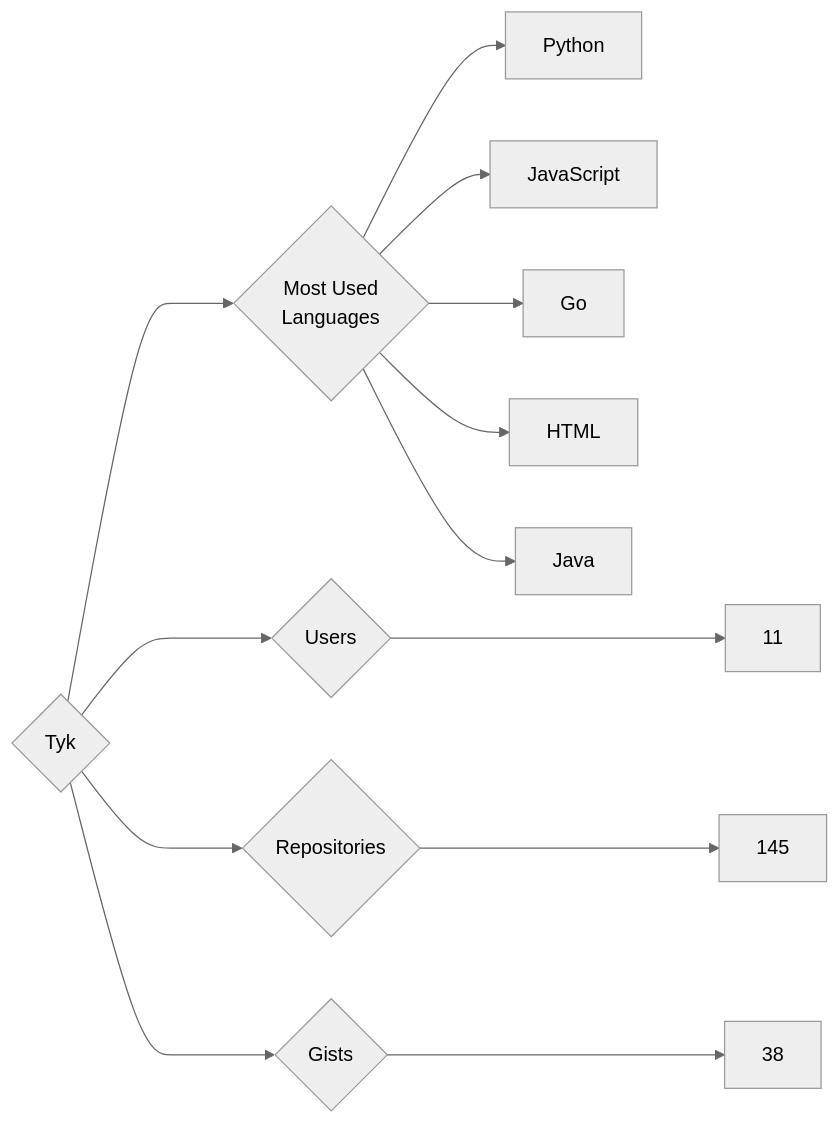
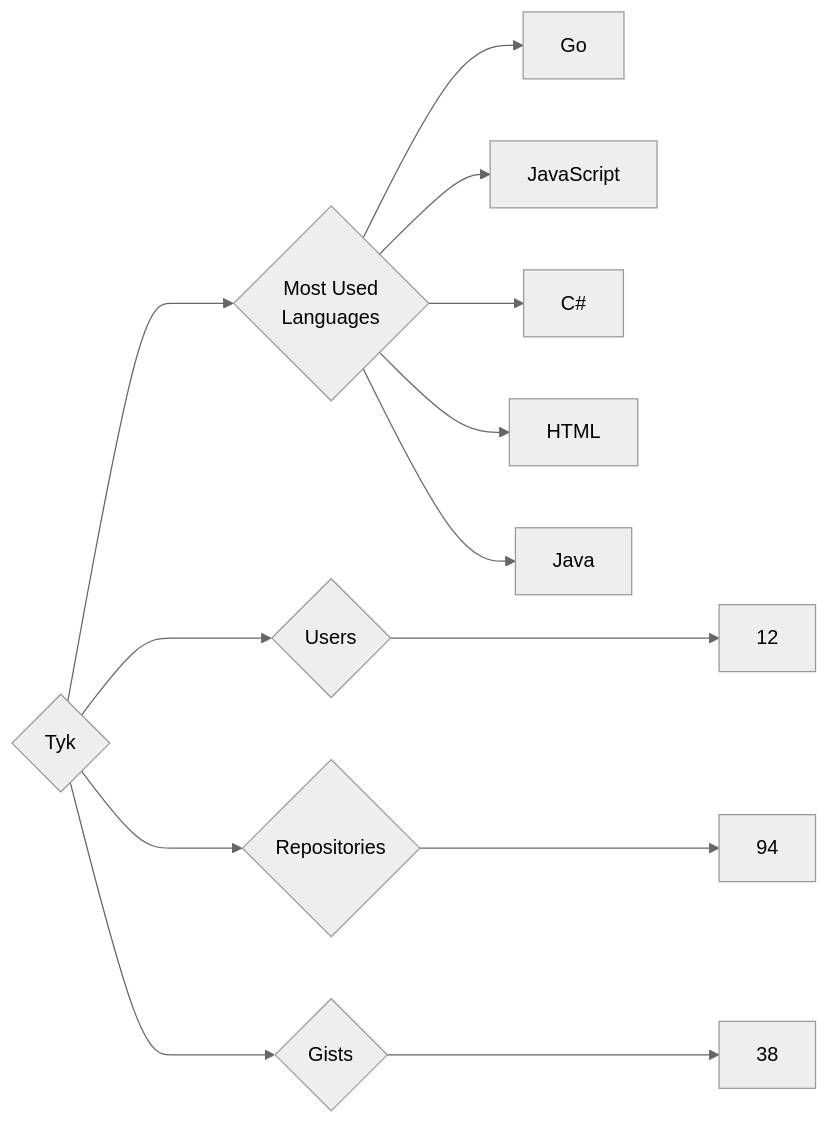
One commit to trickest/insiders changed the diagram in targets/Tyk/README.md. Above: the diagram before and after it, drawn with Mermaid (neutral theme). The commit also changed 681 other files, not shown here.

````diff
--- a/targets/Tyk/README.md
+++ b/targets/Tyk/README.md
@@ -3,13 +3,13 @@
 ```mermaid
 graph LR
 COMPANY_NAME{Tyk}
-COMPANY_NAME ---> U{Users} ---> UN[11]
-COMPANY_NAME ---> R{Repositories} ---> RN[145]
+COMPANY_NAME ---> U{Users} ---> UN[12]
+COMPANY_NAME ---> R{Repositories} ---> RN[94]
 COMPANY_NAME ---> G{Gists} ---> GN[38]
 COMPANY_NAME ---> ML{Most Used<br>Languages}
-ML --> Python[Python]
+ML --> Go[Go]
 ML --> JavaScript[JavaScript]
-ML --> Go[Go]
+ML --> C#[C#]
 ML --> HTML[HTML]
 ML --> Java[Java]
 ```
````
